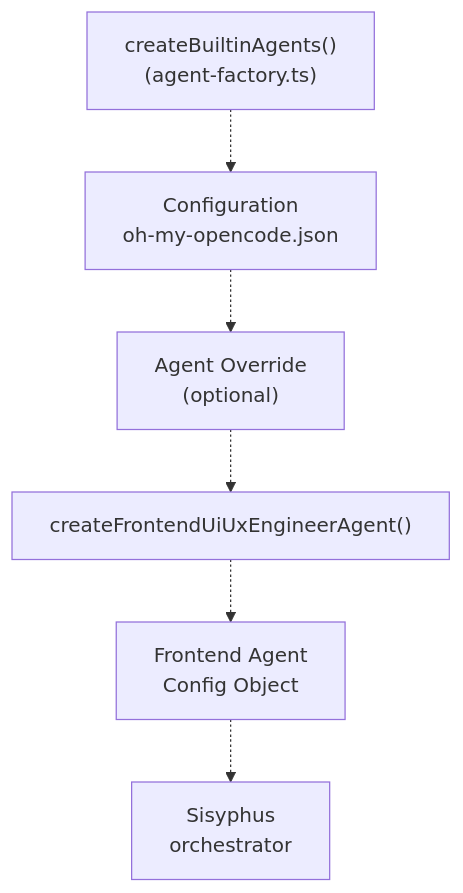
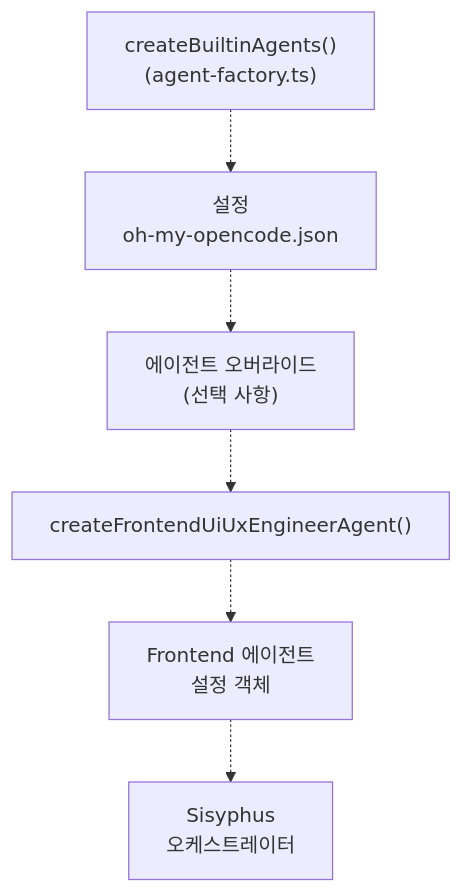
Before and after one commit to felipetruman/oh-my-opencode-docs: the seventh of 7 diagrams in docs/agents/frontend-ui-ux-engineer.md, drawn with Mermaid. The commit also changed other lines of this file and 76 other files, not shown here.

````diff
--- a/docs/agents/frontend-ui-ux-engineer.md
+++ b/docs/agents/frontend-ui-ux-engineer.md
@@ -464,16 +464,16 @@
 ```mermaid
 flowchart TD
 
 Factory["createBuiltinAgents()<br>(agent-factory.ts)"]
-Config["Configuration<br>oh-my-opencode.json"]
-Override["Agent Override<br>(optional)"]
+Config["설정<br>oh-my-opencode.json"]
+Override["에이전트 오버라이드<br>(선택 사항)"]
 Create["createFrontendUiUxEngineerAgent()"]
-Agent["Frontend Agent<br>Config Object"]
-Sisyphus["Sisyphus<br>orchestrator"]
+Agent["Frontend 에이전트<br>설정 객체"]
+Sisyphus["Sisyphus<br>오케스트레이터"]
 
 Factory -.-> Config
 Config -.-> Override
 Override -.-> Create
 Create -.-> Agent
 Agent -.-> Sisyphus
 ```
````
